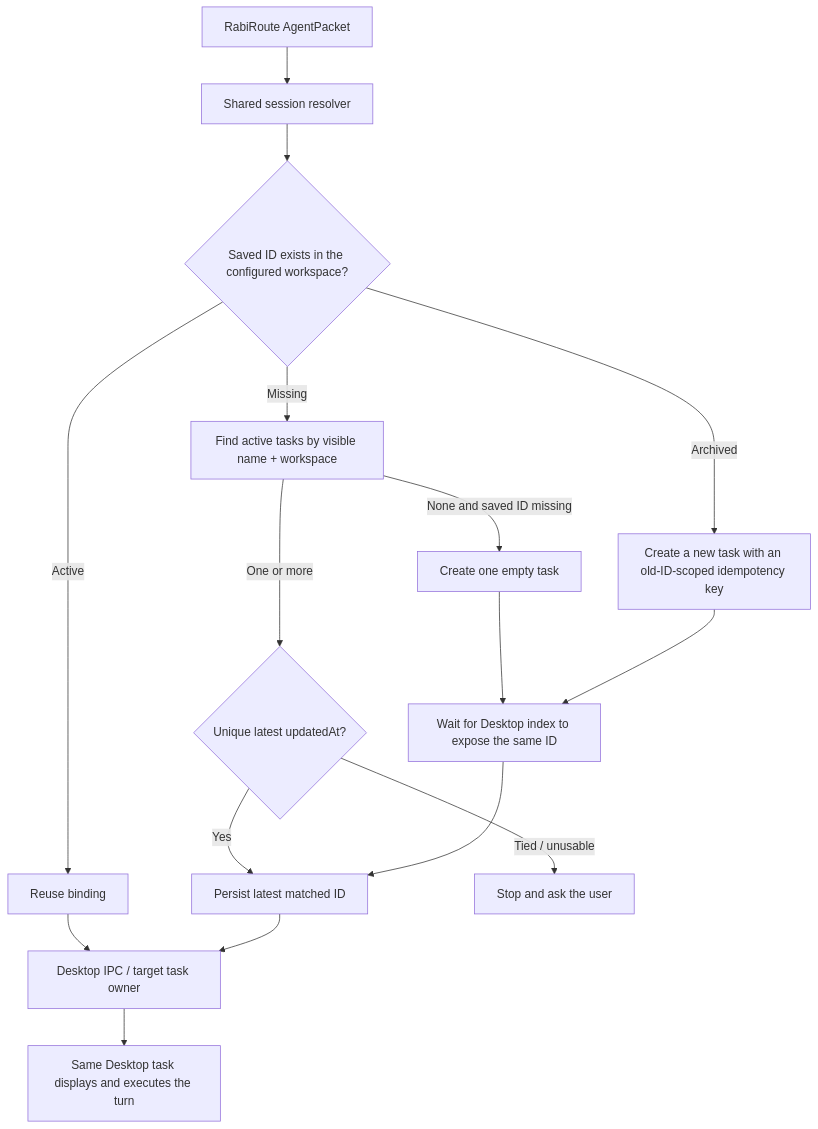
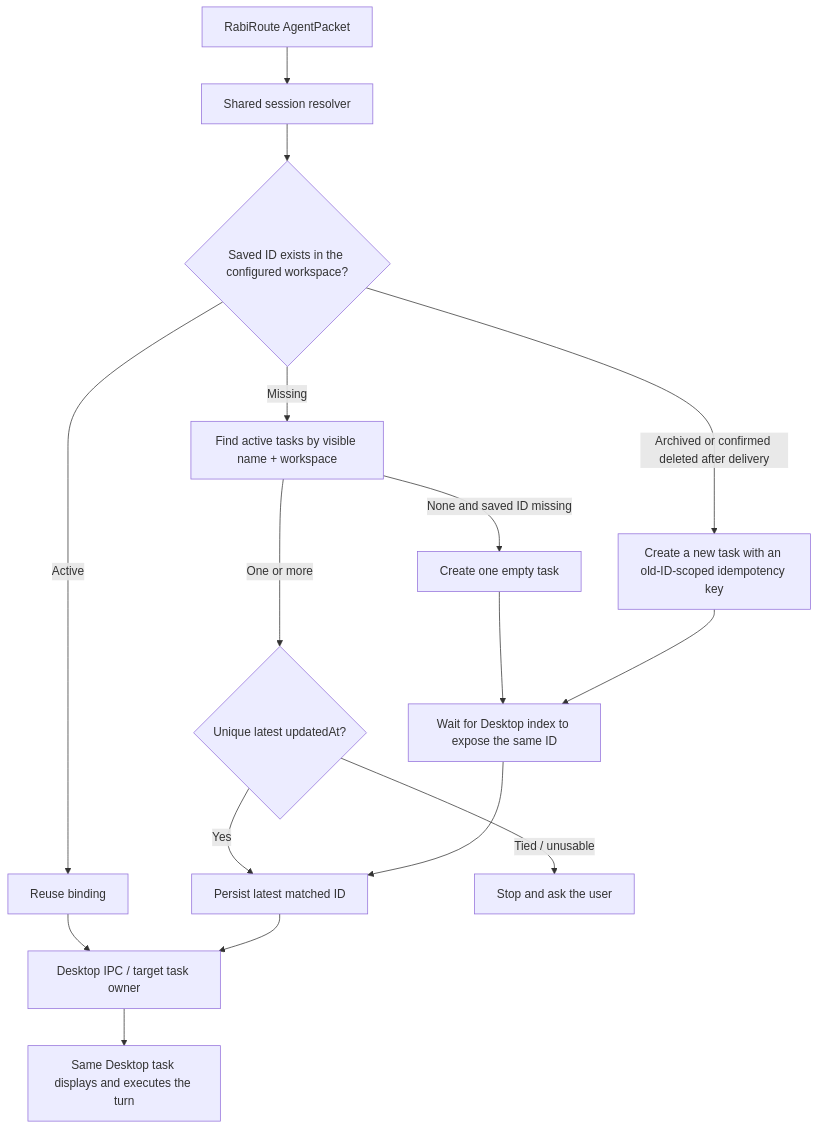
One commit to vb2250158/RabiRoute changed the diagram in docs/codex-desktop-agent-acceptance_en.md. Above: the diagram before and after it, drawn with Mermaid. The commit also changed other lines of this file and 76 other files, not shown here.

````diff
--- a/docs/codex-desktop-agent-acceptance_en.md
+++ b/docs/codex-desktop-agent-acceptance_en.md
@@ -42,18 +42,18 @@
 ```mermaid
 flowchart TD
     P["RabiRoute AgentPacket"] --> R["Shared session resolver"]
     R --> I{"Saved ID exists in the configured workspace?"}
     I -->|"Active"| B["Reuse binding"]
-    I -->|"Archived"| C2["Create a new task with an old-ID-scoped idempotency key"]
+    I -->|"Archived or confirmed deleted after delivery"| C2["Create a new task with an old-ID-scoped idempotency key"]
     I -->|"Missing"| N["Find active tasks by visible name + workspace"]
     N -->|"One or more"| L{"Unique latest updatedAt?"}
     L -->|"Yes"| S["Persist latest matched ID"]
     L -->|"Tied / unusable"| A["Stop and ask the user"]
     N -->|"None and saved ID missing"| C["Create one empty task"]
     C --> W["Wait for Desktop index to expose the same ID"]
     C2 --> W
     W --> S
     B --> D["Desktop IPC / target task owner"]
     S --> D
     D --> V["Same Desktop task displays and executes the turn"]
 ```
````
